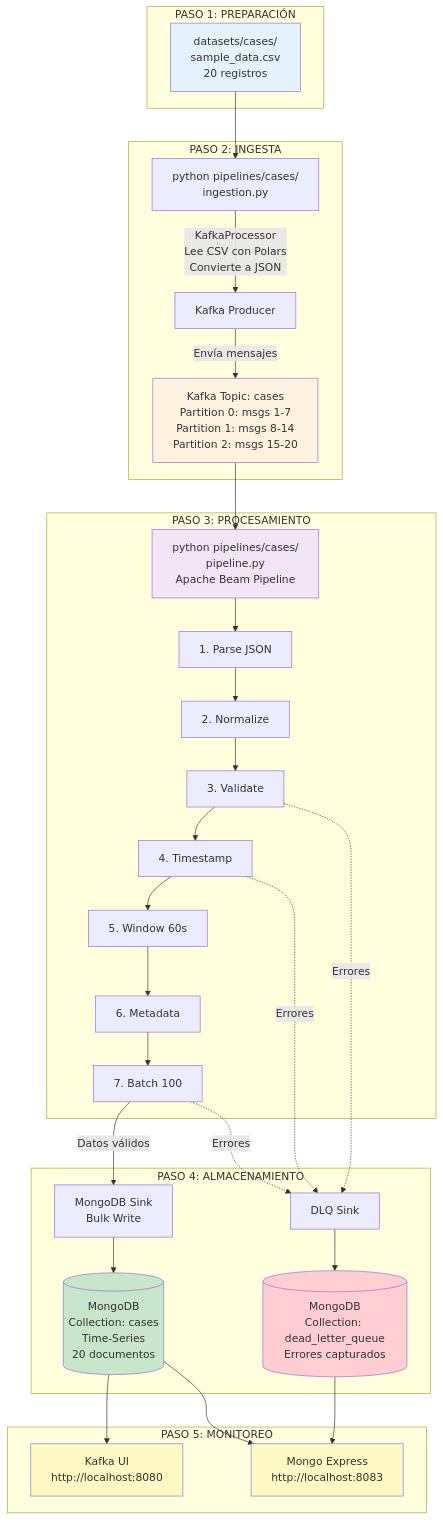
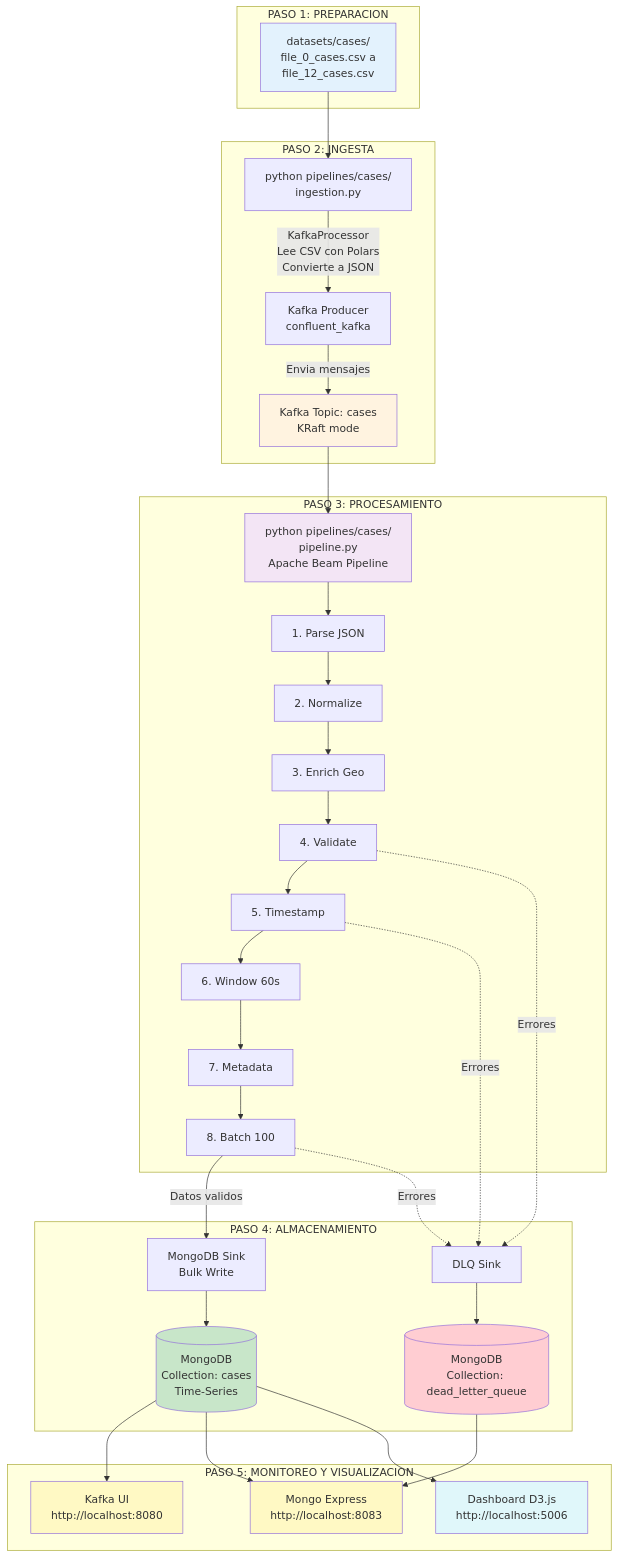
One commit to arthur8davis/tfm-dataflow-architecture changed the eighth of 9 diagrams in README.md. Above: the diagram before and after it, drawn with Mermaid. The commit also changed other lines of this file and 9 other files, not shown here.

````diff
--- a/README.md
+++ b/README.md
@@ -301,47 +336,50 @@
 ```mermaid
 graph TB
-    subgraph "PASO 1: PREPARACIÓN"
-        CSV[datasets/cases/<br/>sample_data.csv<br/>20 registros]
+    subgraph "PASO 1: PREPARACION"
+        CSV[datasets/cases/<br/>file_0_cases.csv a<br/>file_12_cases.csv]
     end
 
     subgraph "PASO 2: INGESTA"
         CSV --> Ingestion[python pipelines/cases/<br/>ingestion.py]
-        Ingestion --> |KafkaProcessor<br/>Lee CSV con Polars<br/>Convierte a JSON| Producer[Kafka Producer]
-        Producer --> |Envía mensajes| KafkaTopic[Kafka Topic: cases<br/>Partition 0: msgs 1-7<br/>Partition 1: msgs 8-14<br/>Partition 2: msgs 15-20]
+        Ingestion --> |KafkaProcessor<br/>Lee CSV con Polars<br/>Convierte a JSON| Producer[Kafka Producer<br/>confluent_kafka]
+        Producer --> |Envia mensajes| KafkaTopic[Kafka Topic: cases<br/>KRaft mode]
     end
 
     subgraph "PASO 3: PROCESAMIENTO"
         KafkaTopic --> Pipeline[python pipelines/cases/<br/>pipeline.py<br/>Apache Beam Pipeline]
         Pipeline --> T1[1. Parse JSON]
         T1 --> T2[2. Normalize]
-        T2 --> T3[3. Validate]
-        T3 --> T4[4. Timestamp]
-        T4 --> T5[5. Window 60s]
-        T5 --> T6[6. Metadata]
-        T6 --> T7[7. Batch 100]
+        T2 --> T2b[3. Enrich Geo]
+        T2b --> T3[4. Validate]
+        T3 --> T4[5. Timestamp]
+        T4 --> T5[6. Window 60s]
+        T5 --> T6[7. Metadata]
+        T6 --> T7[8. Batch 100]
     end
 
     subgraph "PASO 4: ALMACENAMIENTO"
-        T7 --> |Datos válidos| MongoWrite[MongoDB Sink<br/>Bulk Write]
-        MongoWrite --> MongoDB[(MongoDB<br/>Collection: cases<br/>Time-Series<br/>20 documentos)]
+        T7 --> |Datos validos| MongoWrite[MongoDB Sink<br/>Bulk Write]
+        MongoWrite --> MongoDB[(MongoDB<br/>Collection: cases<br/>Time-Series)]
 
         T3 -.->|Errores| DLQWrite[DLQ Sink]
         T4 -.->|Errores| DLQWrite
         T7 -.->|Errores| DLQWrite
-        DLQWrite --> DLQ[(MongoDB<br/>Collection: dead_letter_queue<br/>Errores capturados)]
+        DLQWrite --> DLQ[(MongoDB<br/>Collection: dead_letter_queue)]
     end
 
-    subgraph "PASO 5: MONITOREO"
+    subgraph "PASO 5: MONITOREO Y VISUALIZACION"
         MongoDB --> KafkaUI[Kafka UI<br/>http://localhost:8080]
         MongoDB --> MongoExpress[Mongo Express<br/>http://localhost:8083]
+        MongoDB --> Dashboard[Dashboard D3.js<br/>http://localhost:5006]
         DLQ --> MongoExpress
     end
 
     style CSV fill:#e3f2fd
     style KafkaTopic fill:#fff3e0
     style Pipeline fill:#f3e5f5
     style MongoDB fill:#c8e6c9
     style DLQ fill:#ffcdd2
     style KafkaUI fill:#fff9c4
     style MongoExpress fill:#fff9c4
+    style Dashboard fill:#e0f7fa
 ```
````
